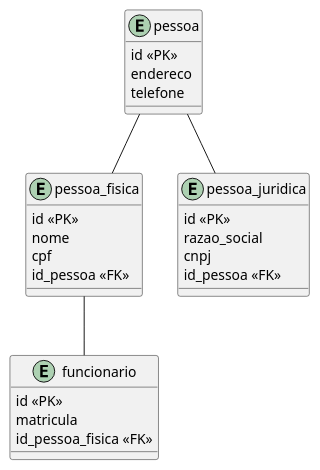
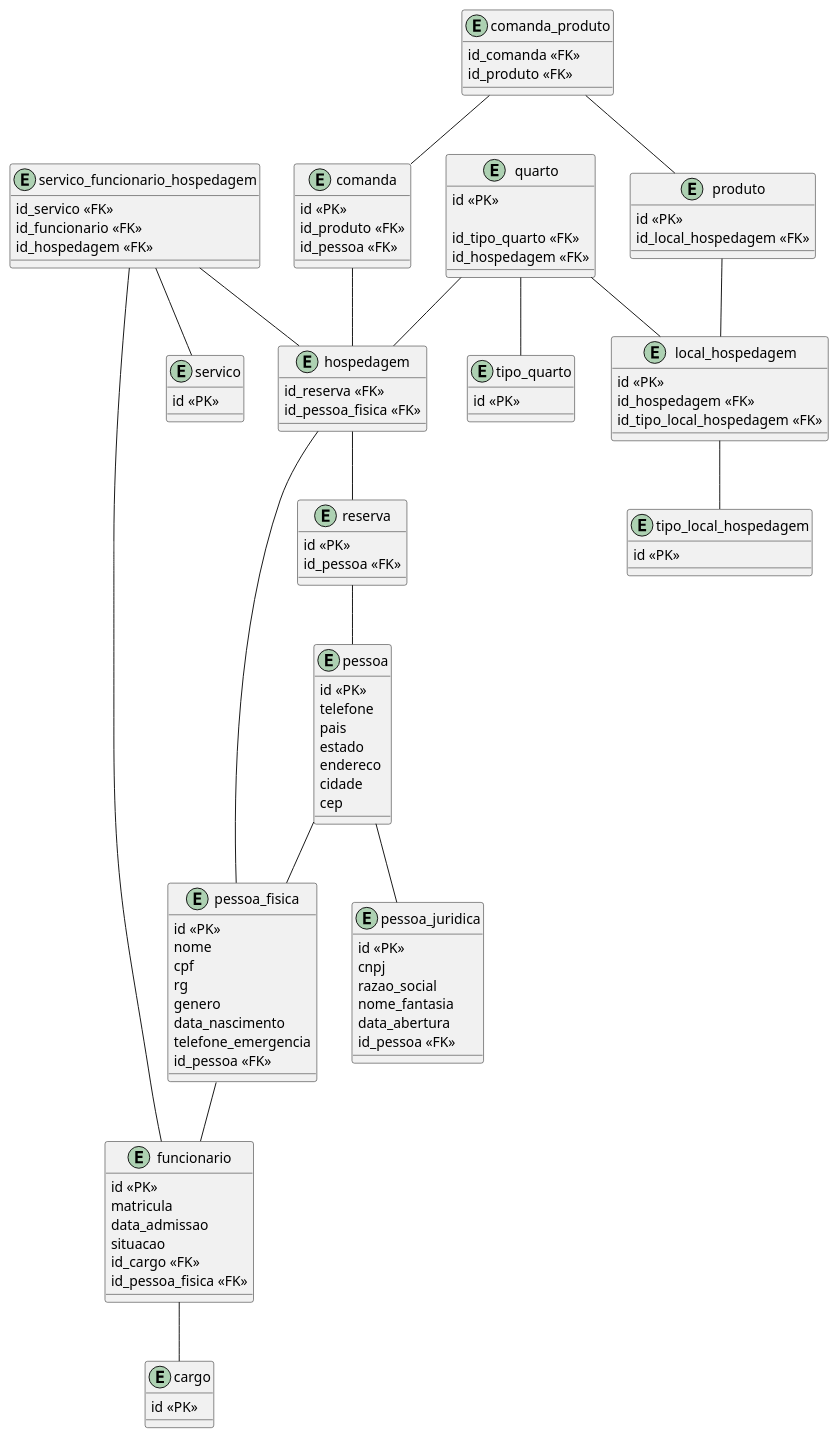
One commit to Berjooj/Pratica-DB-A1-N1 changed the diagram in Hospedagem.plantuml. Above: the diagram before and after it, drawn with PlantUML. The commit also changed 1 other file, not shown here.

```diff
--- a/Hospedagem.plantuml
+++ b/Hospedagem.plantuml
@@ -1,35 +1,132 @@
 @startuml Hospedagem
 
 entity pessoa{
     id <<PK>>
+    telefone
+    pais
+    estado
     endereco
-    telefone
+    cidade
+    cep
 }
 
 entity pessoa_fisica{
     id <<PK>>
     nome
     cpf
+    rg
+    genero
+    data_nascimento
+    telefone_emergencia
     id_pessoa <<FK>>
-
 }
 
 entity pessoa_juridica{
     id <<PK>>
+    cnpj
     razao_social
-    cnpj
+    nome_fantasia
+    data_abertura
     id_pessoa <<FK>>
 }
 
+entity cargo{
+    id <<PK>>
+}
 
 entity funcionario{
     id <<PK>>
     matricula
+    data_admissao
+    situacao
+    id_cargo <<FK>>
     id_pessoa_fisica <<FK>>
+}
+
+entity reserva{
+    id <<PK>>
+    id_pessoa <<FK>>
+}
+
+entity hospedagem{
+    id_reserva <<FK>>
+    id_pessoa_fisica <<FK>>
+}
+
+entity tipo_local_hospedagem{
+    id <<PK>>
+}
+
+entity local_hospedagem{
+    id <<PK>>
+    id_hospedagem <<FK>>
+    id_tipo_local_hospedagem <<FK>>
+}
+
+entity tipo_quarto{
+    id <<PK>>
+}
+
+entity quarto{
+    id <<PK>>
+
+    id_tipo_quarto <<FK>>
+    id_hospedagem <<FK>>
+}
+
+entity servico{
+    id <<PK>>
+}
+
+entity servico_funcionario_hospedagem{
+    id_servico <<FK>>
+    id_funcionario <<FK>>
+    id_hospedagem <<FK>>
+}
+
+entity produto{
+    id <<PK>>
+    id_local_hospedagem <<FK>>
+}
+
+entity comanda_produto{
+    id_comanda <<FK>>
+    id_produto <<FK>>
+}
+
+entity comanda{
+    id <<PK>>
+    id_produto <<FK>>
+    id_pessoa <<FK>>
 }
 
 pessoa -- pessoa_fisica
 pessoa -- pessoa_juridica
+
 pessoa_fisica -- funcionario
 
+funcionario -- cargo
+
+reserva -- pessoa
+
+hospedagem -- reserva
+hospedagem -- pessoa_fisica
+
+local_hospedagem -- tipo_local_hospedagem
+
+quarto -- tipo_quarto
+quarto -- local_hospedagem
+quarto -- hospedagem
+
+servico_funcionario_hospedagem -- servico
+servico_funcionario_hospedagem -- funcionario
+servico_funcionario_hospedagem -- hospedagem
+
+produto -- local_hospedagem
+
+comanda -- hospedagem
+
+comanda_produto -- comanda
+comanda_produto -- produto
+
 @enduml
```
